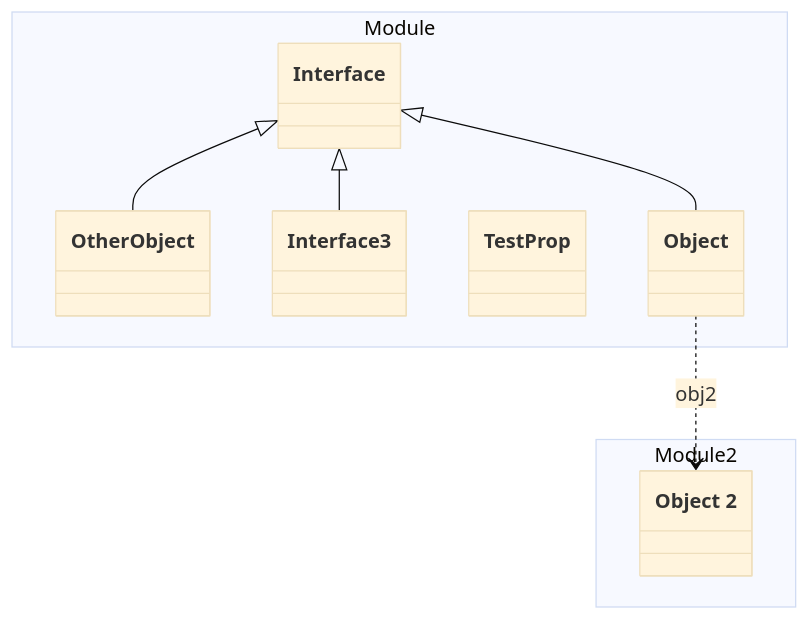
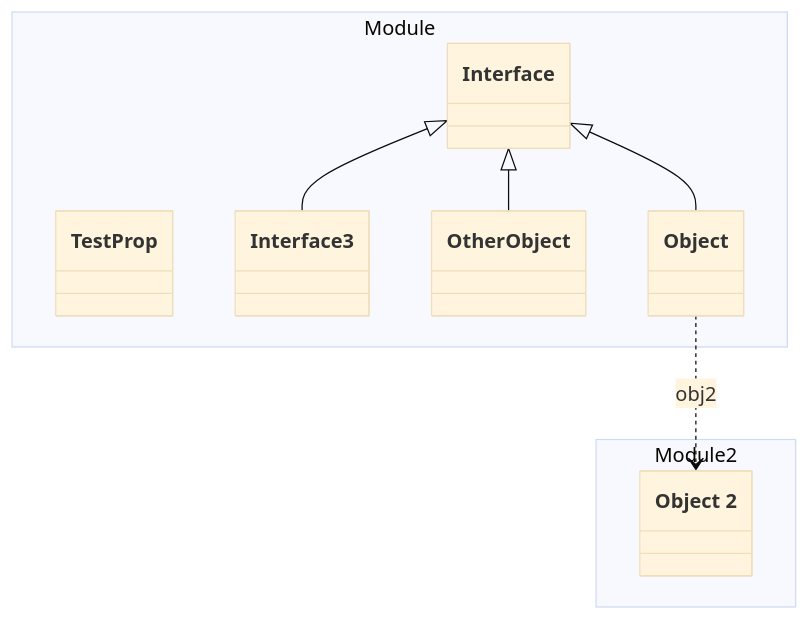
Before and after one commit to lizzyTheLizard/domain-schema-documentation: the diagram in tests/java/expected/Module/README.md, drawn with Mermaid (base theme). The commit also changed other lines of this file and 34 other files, not shown here.

````diff
--- a/tests/java/expected/Module/README.md
+++ b/tests/java/expected/Module/README.md
@@ -6,23 +6,23 @@
 ```mermaid
 classDiagram
 namespace Module {
   class _Module_Interface_yaml["Interface"]
+  class TestProp["TestProp"]
+  class Interface3["Interface3"]
   class OtherObject["OtherObject"]
-  class Interface3["Interface3"]
-  class TestProp["TestProp"]
   class _Module_Object_yaml["Object"]
 }
 namespace Module 2 {
   class _Module2_Object2_yaml["Object 2"]
 }
 _Module_Interface_yaml <|-- _Module_Object_yaml 
 _Module_Interface_yaml <|-- OtherObject 
 _Module_Interface_yaml <|-- Interface3 
 _Module_Object_yaml ..> _Module2_Object2_yaml :obj2
 click _Module_Interface_yaml href "./Interface.yaml.html" "Interface"
+click TestProp href "./Interface.yaml.html" "Interface"
+click Interface3 href "./Interface.yaml.html" "Interface"
 click OtherObject href "./Interface.yaml.html" "Interface"
-click Interface3 href "./Interface.yaml.html" "Interface"
-click TestProp href "./Interface.yaml.html" "Interface"
 click _Module_Object_yaml href "./Object.yaml.html" "Object"
 click _Module2_Object2_yaml href "../Module2/Object2.yaml.html" "Object 2"
 ```
````
